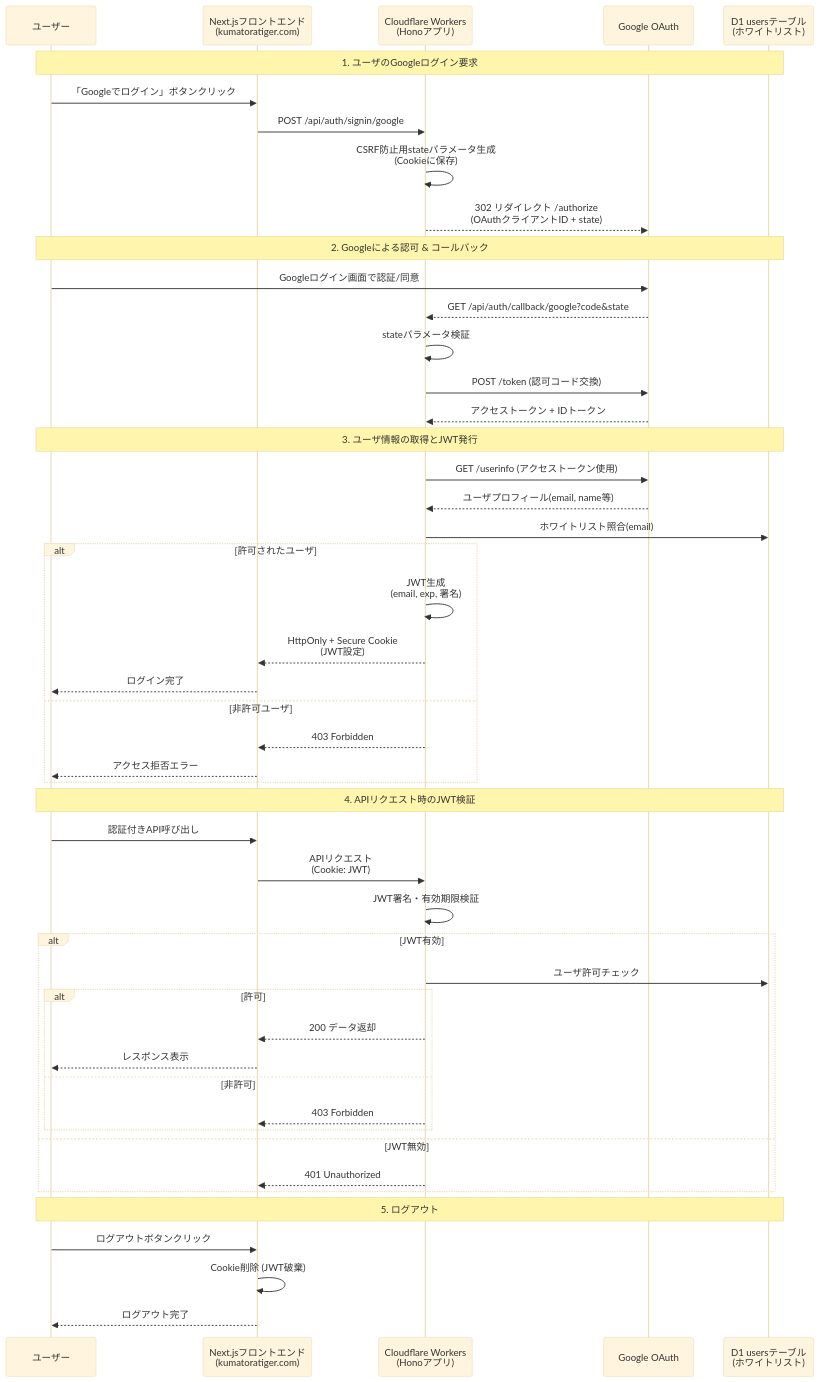
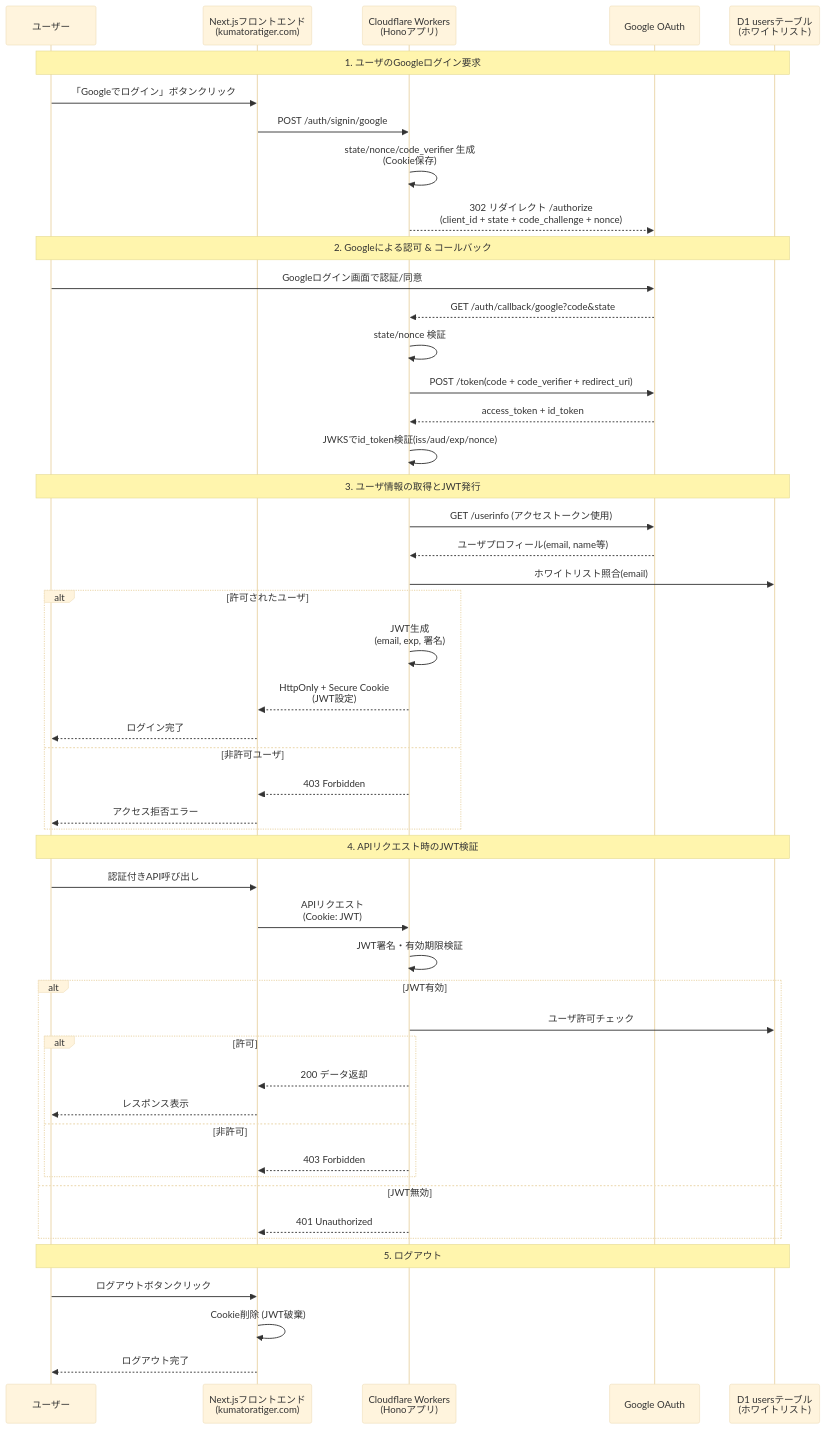
The first of 2 diagrams in README.md (Toho-MLM/mlm-dx), drawn with Mermaid (base theme) before and after one commit. The commit also changed other lines of this file and 4 other files, not shown here.

````diff
--- a/README.md
+++ b/README.md
@@ -348,55 +340,56 @@
 ```mermaid
 sequenceDiagram
     participant U as ユーザー
     participant F as Next.jsフロントエンド<br/>(kumatoratiger.com)
     participant W as Cloudflare Workers<br/>(Honoアプリ)
     participant G as Google OAuth
     participant D as D1 usersテーブル<br/>(ホワイトリスト)
 
     Note over U,D: 1. ユーザのGoogleログイン要求
     U->>F: 「Googleでログイン」ボタンクリック
-    F->>W: POST /api/auth/signin/google
-    W->>W: CSRF防止用stateパラメータ生成<br/>(Cookieに保存)
-    W-->>G: 302 リダイレクト /authorize<br/>(OAuthクライアントID + state)
+    F->>W: POST /auth/signin/google
+    W->>W: state/nonce/code_verifier 生成<br/>(Cookie保存)
+    W-->>G: 302 リダイレクト /authorize<br/>(client_id + state + code_challenge + nonce)
 
     Note over U,D: 2. Googleによる認可 & コールバック
     U->>G: Googleログイン画面で認証/同意
-    G-->>W: GET /api/auth/callback/google?code&state
-    W->>W: stateパラメータ検証
-    W->>G: POST /token (認可コード交換)
-    G-->>W: アクセストークン + IDトークン
+    G-->>W: GET /auth/callback/google?code&state
+    W->>W: state/nonce 検証
+    W->>G: POST /token(code + code_verifier + redirect_uri)
+    G-->>W: access_token + id_token
+    W->>W: JWKSでid_token検証(iss/aud/exp/nonce)
 
     Note over U,D: 3. ユーザ情報の取得とJWT発行
     W->>G: GET /userinfo (アクセストークン使用)
     G-->>W: ユーザプロフィール(email, name等)
     W->>D: ホワイトリスト照合(email)
     alt 許可されたユーザ
         W->>W: JWT生成<br/>(email, exp, 署名)
         W-->>F: HttpOnly + Secure Cookie<br/>(JWT設定)
         F-->>U: ログイン完了
     else 非許可ユーザ
         W-->>F: 403 Forbidden
         F-->>U: アクセス拒否エラー
     end
 
     Note over U,D: 4. APIリクエスト時のJWT検証
     U->>F: 認証付きAPI呼び出し
     F->>W: APIリクエスト<br/>(Cookie: JWT)
     W->>W: JWT署名・有効期限検証
     alt JWT有効
         W->>D: ユーザ許可チェック
         alt 許可
             W-->>F: 200 データ返却
             F-->>U: レスポンス表示
         else 非許可
             W-->>F: 403 Forbidden
         end
     else JWT無効
         W-->>F: 401 Unauthorized
     end
 
     Note over U,D: 5. ログアウト
     U->>F: ログアウトボタンクリック
     F->>F: Cookie削除 (JWT破棄)
     F-->>U: ログアウト完了
 ```
````
